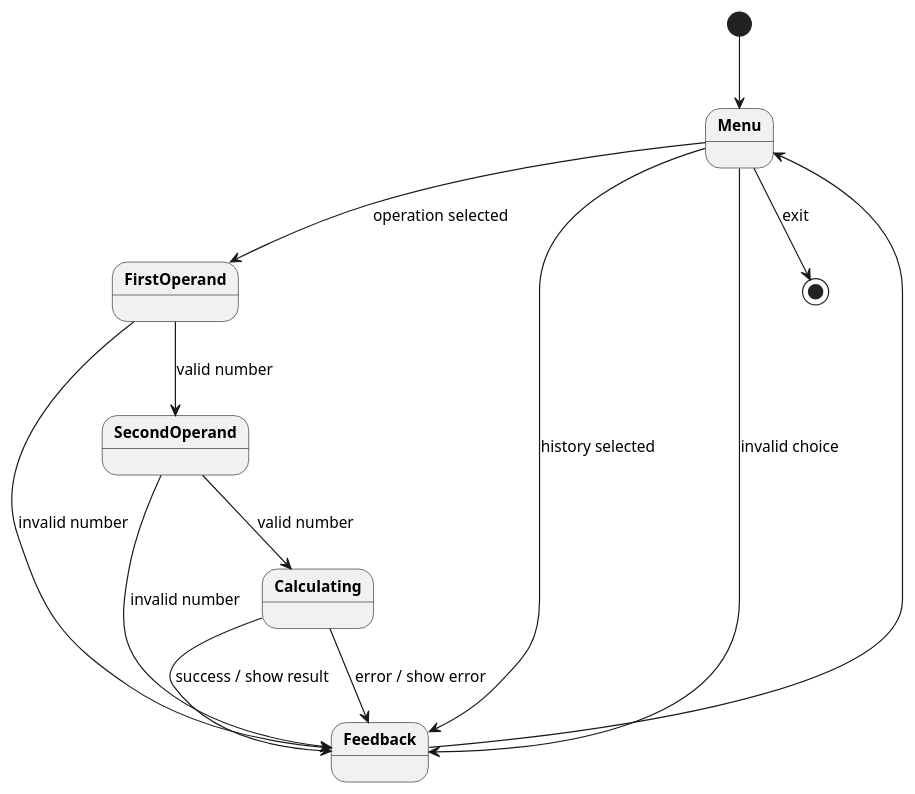
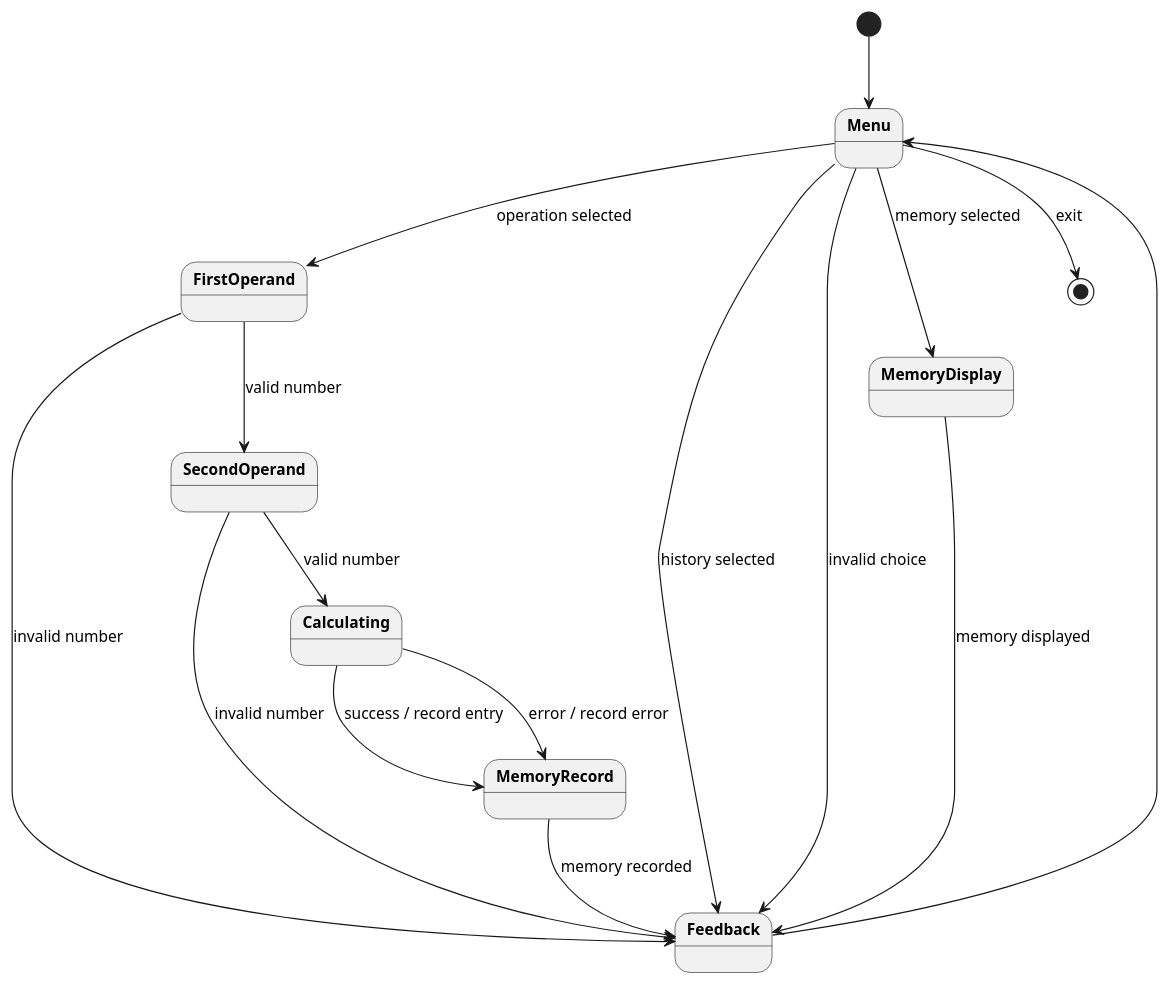
Before and after one commit to DanielRiha8906/Software_autoevolution_using_agents: the diagram in experiments/supervisor_as_tools/user_stories/calculator/artifacts/state_diagram_interactive.puml, drawn with PlantUML. The commit also changed 18 other files, not shown here.

```diff
--- a/experiments/supervisor_as_tools/user_stories/calculator/artifacts/state_diagram_interactive.puml
+++ b/experiments/supervisor_as_tools/user_stories/calculator/artifacts/state_diagram_interactive.puml
@@ -1,25 +1,31 @@
 @startuml
 
 skinparam defaultFontSize 13
 skinparam stateFontStyle bold
 
 top to bottom direction
 
 [*] --> Menu
 
 Menu --> FirstOperand : operation selected
 Menu --> Feedback : history selected
+Menu --> MemoryDisplay : memory selected
 Menu --> Feedback : invalid choice
 Menu --> [*] : exit
 
 FirstOperand --> SecondOperand : valid number
 FirstOperand --> Feedback : invalid number
 
 SecondOperand --> Calculating : valid number
 SecondOperand --> Feedback : invalid number
 
-Calculating --> Feedback : success / show result
-Calculating --> Feedback : error / show error
+Calculating --> MemoryRecord : success / record entry
+Calculating --> MemoryRecord : error / record error
+
+MemoryRecord --> Feedback : memory recorded
+
+MemoryDisplay --> Feedback : memory displayed
+
 Feedback --> Menu
 
 @enduml
```
